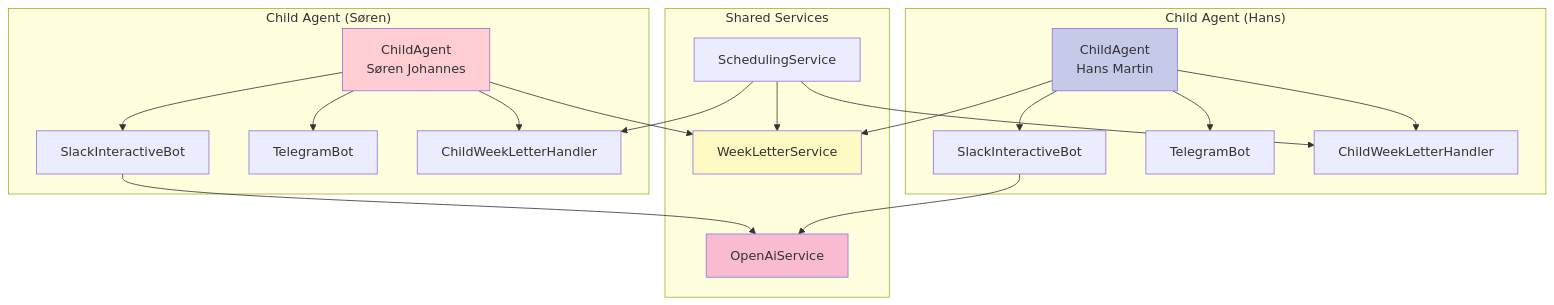
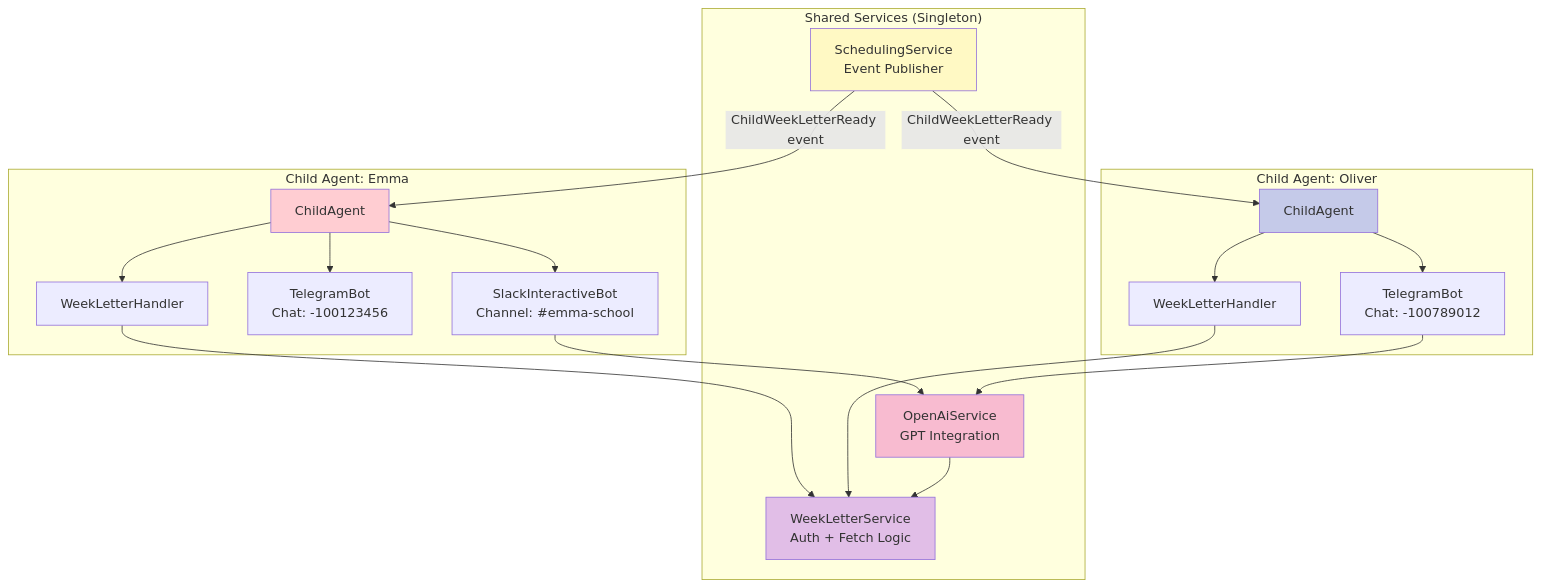
Before and after one commit to Hoejsgaard/aula: the sixth of 10 diagrams in doc/ARCHITECTURE.md, drawn with Mermaid. The commit also changed other lines of this file and 5 other files, not shown here.

````diff
--- a/doc/ARCHITECTURE.md
+++ b/doc/ARCHITECTURE.md
@@ -173,44 +376,45 @@
 ```mermaid
 graph TB
-    subgraph "Child Agent (Søren)"
-        AGT_S[ChildAgent<br/>Søren Johannes]
-        SLACK_S[SlackInteractiveBot]
-        TG_S[TelegramBot]
-        HANDLER_S[ChildWeekLetterHandler]
+    subgraph "Child Agent: Emma"
+        AGT_E[ChildAgent]
+        SLACK_E[SlackInteractiveBot<br/>Channel: #emma-school]
+        TG_E[TelegramBot<br/>Chat: -100123456]
+        HANDLER_E[WeekLetterHandler]
     end
 
-    subgraph "Child Agent (Hans)"
-        AGT_H[ChildAgent<br/>Hans Martin]
-        SLACK_H[SlackInteractiveBot]
-        TG_H[TelegramBot]
-        HANDLER_H[ChildWeekLetterHandler]
+    subgraph "Child Agent: Oliver"
+        AGT_O[ChildAgent]
+        TG_O[TelegramBot<br/>Chat: -100789012]
+        HANDLER_O[WeekLetterHandler]
     end
 
-    subgraph "Shared Services"
-        WL_SVC[WeekLetterService]
-        AI_SVC[OpenAiService]
-        SCHED[SchedulingService]
+    subgraph "Shared Services (Singleton)"
+        SCHED[SchedulingService<br/>Event Publisher]
+        WL_SVC[WeekLetterService<br/>Auth + Fetch Logic]
+        AI_SVC[OpenAiService<br/>GPT Integration]
     end
 
-    AGT_S --> SLACK_S
-    AGT_S --> TG_S
-    AGT_S --> HANDLER_S
-    AGT_S --> WL_SVC
+    SCHED -->|ChildWeekLetterReady event| AGT_E
+    SCHED -->|ChildWeekLetterReady event| AGT_O
 
-    AGT_H --> SLACK_H
-    AGT_H --> TG_H
-    AGT_H --> HANDLER_H
-    AGT_H --> WL_SVC
+    AGT_E --> SLACK_E
+    AGT_E --> TG_E
+    AGT_E --> HANDLER_E
 
-    SLACK_S --> AI_SVC
-    SLACK_H --> AI_SVC
+    AGT_O --> TG_O
+    AGT_O --> HANDLER_O
 
-    SCHED --> WL_SVC
-    SCHED --> HANDLER_S
-    SCHED --> HANDLER_H
+    HANDLER_E --> WL_SVC
+    HANDLER_O --> WL_SVC
 
-    style AGT_S fill:#ffcdd2
-    style AGT_H fill:#c5cae9
-    style WL_SVC fill:#fff9c4
+    SLACK_E --> AI_SVC
+    TG_O --> AI_SVC
+
+    AI_SVC --> WL_SVC
+
+    style AGT_E fill:#ffcdd2
+    style AGT_O fill:#c5cae9
+    style SCHED fill:#fff9c4
+    style WL_SVC fill:#e1bee7
     style AI_SVC fill:#f8bbd0
 ```
````
